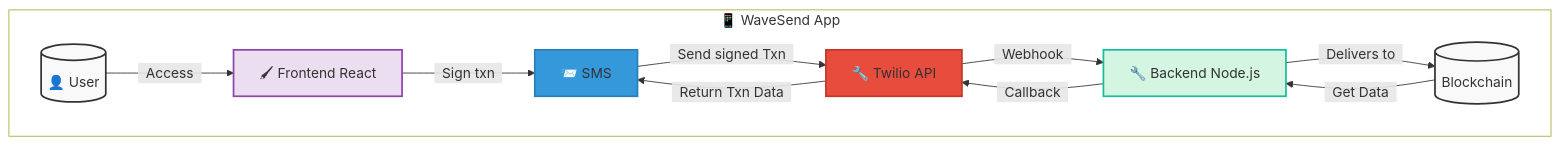
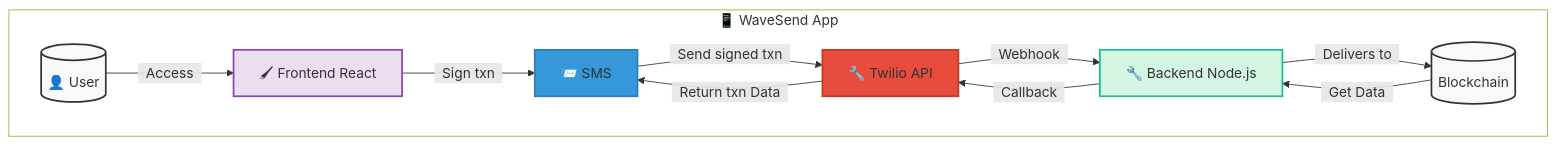
One commit to juancolchete/waveSend changed the diagram in README.md. Above: the diagram before and after it, drawn with Mermaid.

Commit message:
docs: add diagram

````diff
--- a/README.md
+++ b/README.md
@@ -10,32 +10,33 @@
 ```mermaid
 flowchart TD
  subgraph subGraph0["📱 WaveSend App"]
         Frontend["🖌 Frontend React"]
         User[("👤 User")]
         SMS["📨 SMS"]
         Twilio["🔧 Twilio API"]
         Backend["🔧 Backend Node.js"]
         Blockchain["Blockchain"]
   end
     User -- &nbsp;&nbsp;Access&nbsp;&nbsp; --> Frontend
     Frontend -- &nbsp;&nbsp;Sign txn&nbsp;&nbsp; --> SMS
-    SMS -- &nbsp;&nbsp;Send signed Txn&nbsp;&nbsp; --> Twilio
+    SMS -- &nbsp;&nbsp;Send signed txn&nbsp;&nbsp; --> Twilio
     Twilio -- &nbsp;&nbsp;Webhook&nbsp;&nbsp; --> Backend
     Backend -- &nbsp;&nbsp;Callback&nbsp;&nbsp; --> Twilio
     Backend -- &nbsp;&nbsp;Delivers to&nbsp;&nbsp; --> Blockchain
     Blockchain -- &nbsp;&nbsp;Get Data&nbsp;&nbsp; --> Backend
-    Twilio -- &nbsp;&nbsp;Return Txn Data&nbsp;&nbsp; --> SMS
+    Twilio -- &nbsp;&nbsp;Return txn Data&nbsp;&nbsp; --> SMS
 
     Blockchain@{ shape: cyl}
     style Frontend fill:#ebdef0,stroke:#8e44ad,stroke-width:2px
     style User fill:#f9f9f9,stroke:#333,stroke-width:2px
     style SMS fill:#3498db,stroke:#2980b9,stroke-width:2px
     style Twilio fill:#e74c3c,stroke:#c0392b,stroke-width:2px
     style Backend fill:#d5f5e3,stroke:#1abc9c,stroke-width:2px
     style Blockchain fill:#f9f9f9,stroke:#333,stroke-width:2px
     style subGraph0 fill: white
 
 
 %%{init:{'theme':'default'}}%%
 
+
 ```
````
